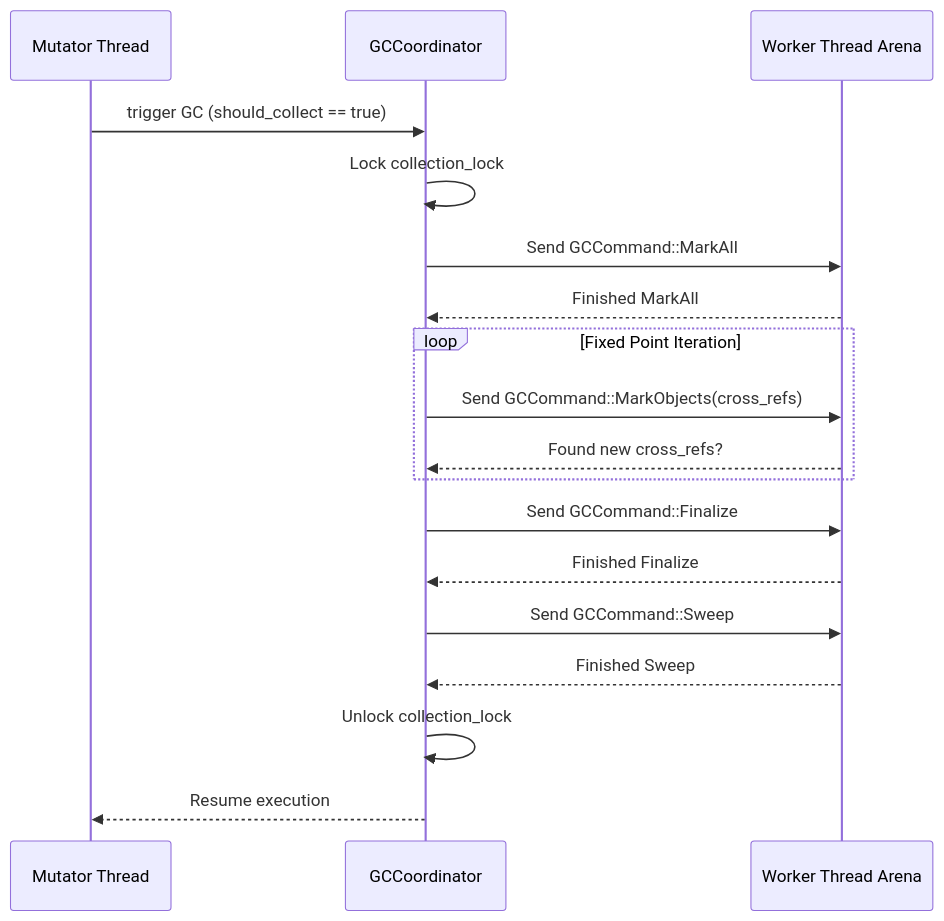
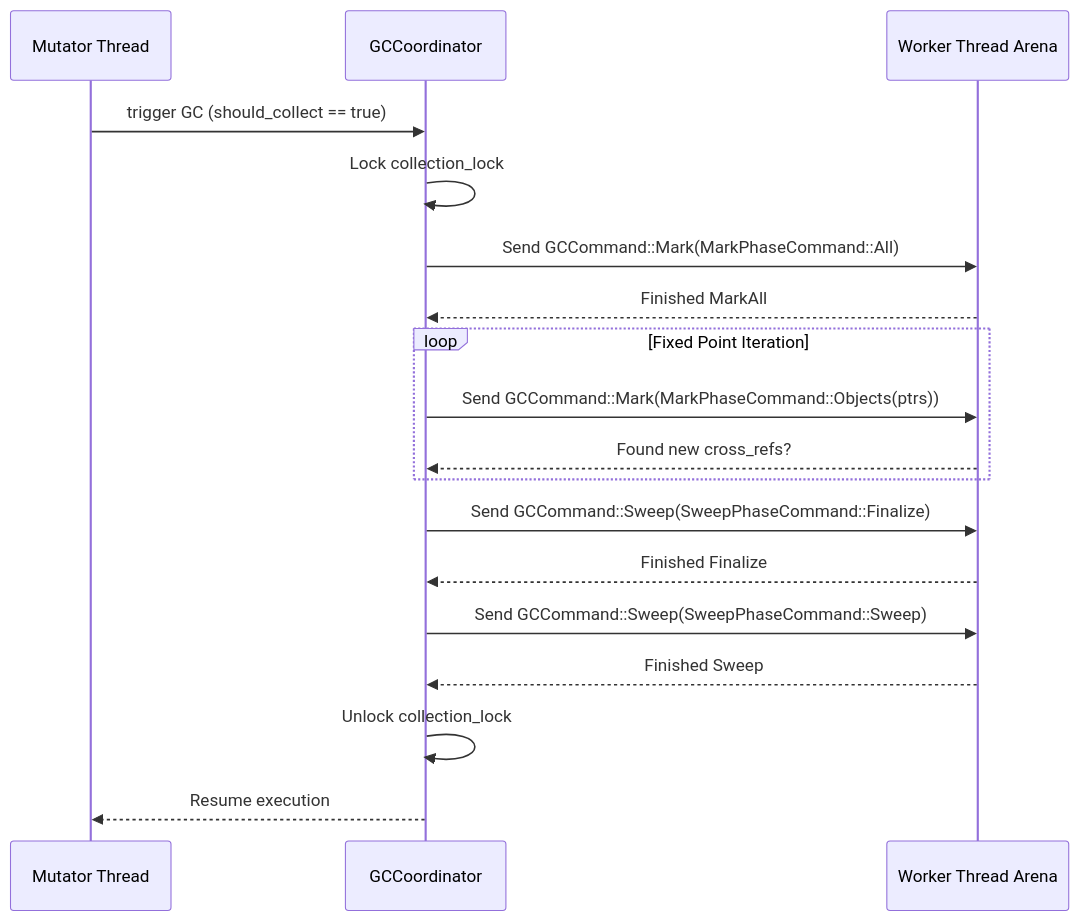
The second of 2 diagrams in docs/GC_AND_MEMORY_SAFETY.md (nickbclifford/dotnet-rs), drawn with Mermaid before and after one commit. The commit also changed other lines of this file and 67 other files, not shown here.

````diff
--- a/docs/GC_AND_MEMORY_SAFETY.md
+++ b/docs/GC_AND_MEMORY_SAFETY.md
@@ -75,25 +80,25 @@
 ```mermaid
 sequenceDiagram
     participant T as Mutator Thread
     participant C as GCCoordinator
     participant W as Worker Thread Arena
 
     T->>C: trigger GC (should_collect == true)
     C->>C: Lock collection_lock
-    C->>W: Send GCCommand::MarkAll
+    C->>W: Send GCCommand::Mark(MarkPhaseCommand::All)
     W-->>C: Finished MarkAll
     
     loop Fixed Point Iteration
-        C->>W: Send GCCommand::MarkObjects(cross_refs)
+        C->>W: Send GCCommand::Mark(MarkPhaseCommand::Objects(ptrs))
         W-->>C: Found new cross_refs?
     end
     
-    C->>W: Send GCCommand::Finalize
+    C->>W: Send GCCommand::Sweep(SweepPhaseCommand::Finalize)
     W-->>C: Finished Finalize
     
-    C->>W: Send GCCommand::Sweep
+    C->>W: Send GCCommand::Sweep(SweepPhaseCommand::Sweep)
     W-->>C: Finished Sweep
     
     C->>C: Unlock collection_lock
     C-->>T: Resume execution
 ```
````
